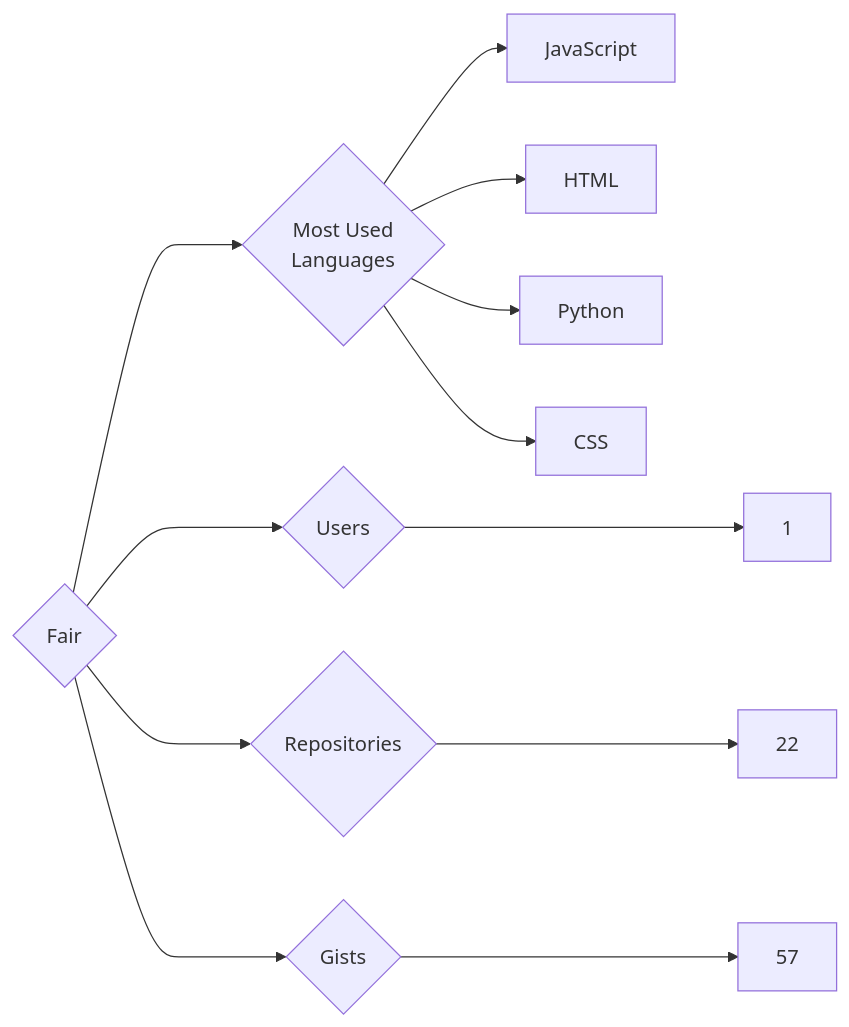
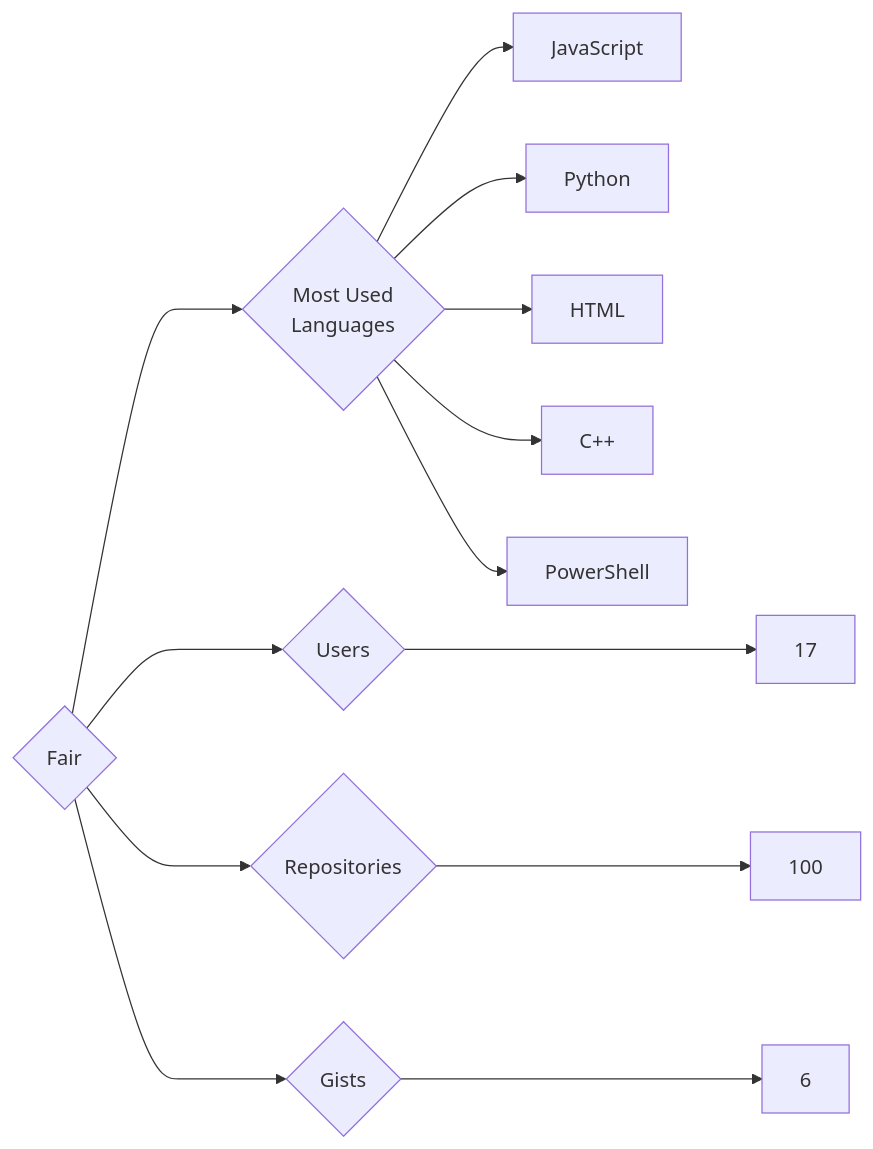
One commit to trickest/insiders changed the diagram in targets/Fair/README.md. Above: the diagram before and after it, drawn with Mermaid. The commit also changed 688 other files, not shown here.

````diff
--- a/targets/Fair/README.md
+++ b/targets/Fair/README.md
@@ -3,12 +3,13 @@
 ```mermaid
 graph LR
 COMPANY_NAME{Fair}
-COMPANY_NAME ---> U{Users} ---> UN[1]
-COMPANY_NAME ---> R{Repositories} ---> RN[22]
-COMPANY_NAME ---> G{Gists} ---> GN[57]
+COMPANY_NAME ---> U{Users} ---> UN[17]
+COMPANY_NAME ---> R{Repositories} ---> RN[100]
+COMPANY_NAME ---> G{Gists} ---> GN[6]
 COMPANY_NAME ---> ML{Most Used<br>Languages}
 ML --> JavaScript[JavaScript]
+ML --> Python[Python]
 ML --> HTML[HTML]
-ML --> Python[Python]
-ML --> CSS[CSS]
+ML --> C++[C++]
+ML --> PowerShell[PowerShell]
 ```
````
